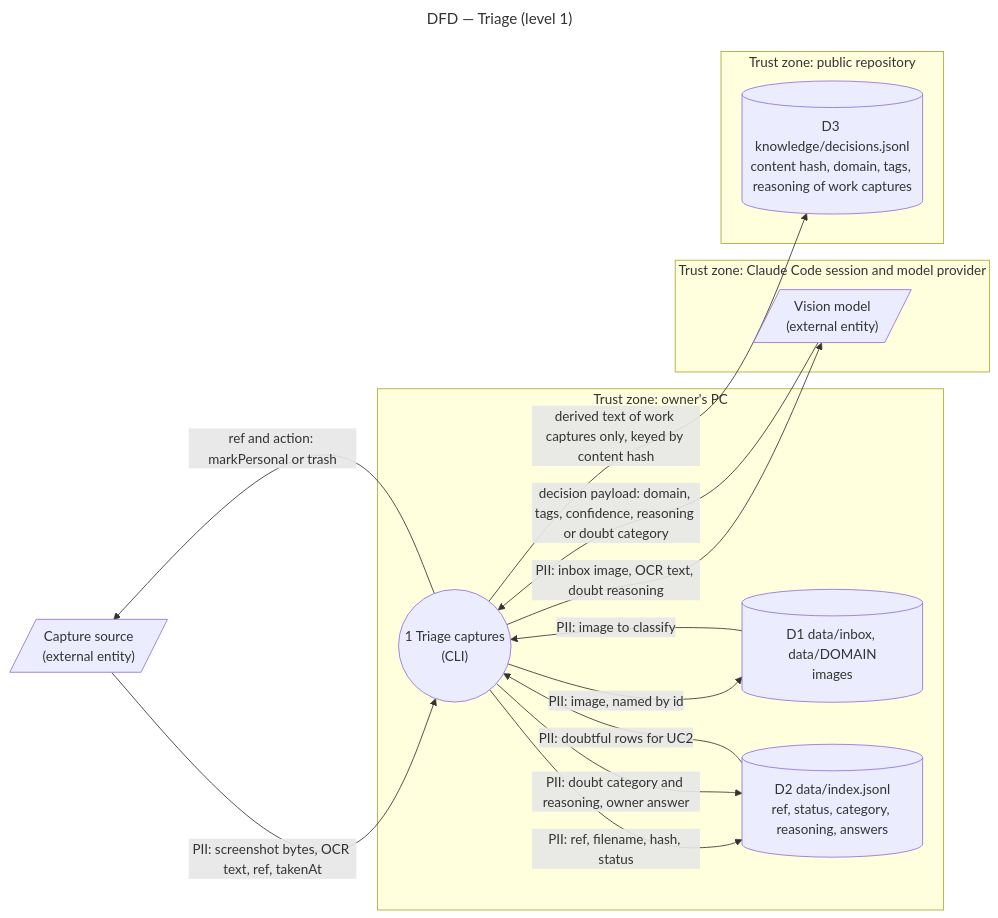
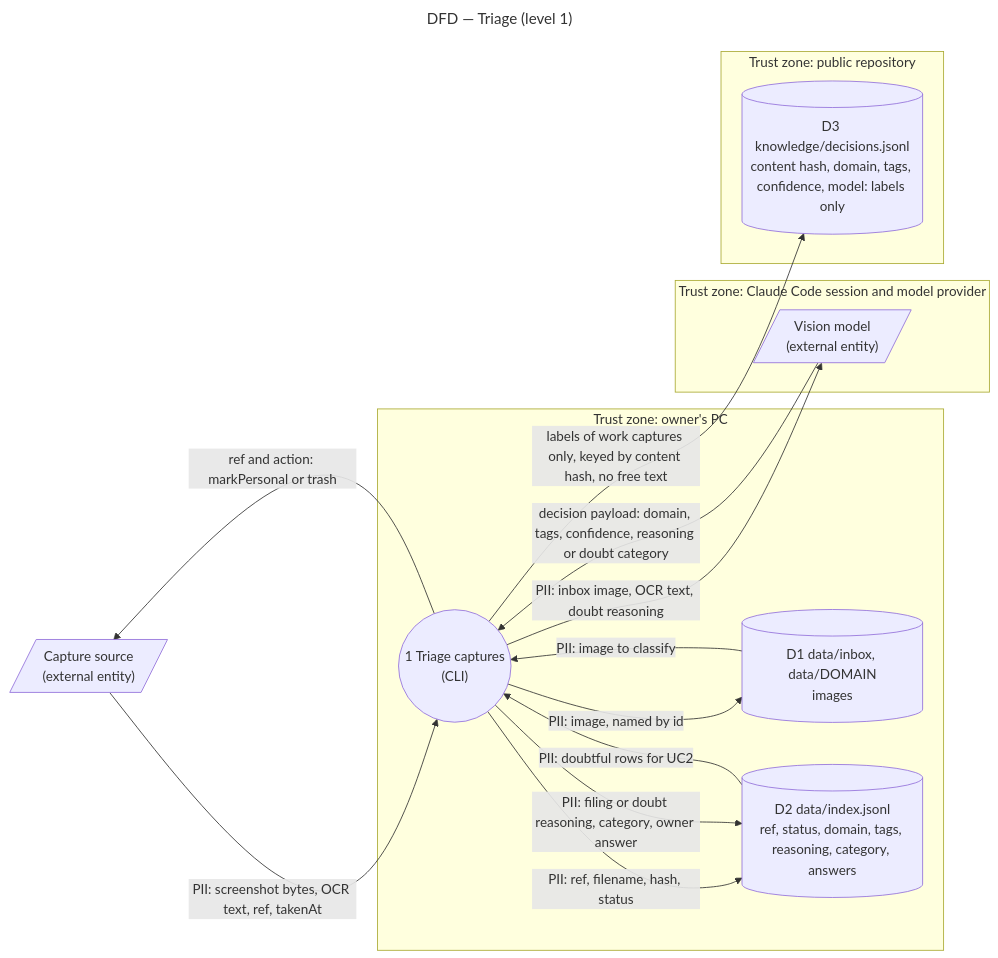
The diagram in docs/architecture/diagrams/triage/06-data-flow.md (benoit-bremaud/screenshot-triage), drawn with Mermaid before and after one commit. The commit also changed other lines of this file and 9 other files, not shown here.

First line of the commit message:
docs(triage/architecture): keep the reasoning out of the public log and revisit deleted refs

````diff
--- a/docs/architecture/diagrams/triage/06-data-flow.md
+++ b/docs/architecture/diagrams/triage/06-data-flow.md
@@ -13,28 +13,28 @@
 ```mermaid
 ---
 title: DFD — Triage (level 1)
 ---
 flowchart LR
   Source[/"Capture source<br/>(external entity)"/]
   subgraph PC ["Trust zone: owner's PC"]
     P1(("1 Triage captures<br/>(CLI)"))
     Inbox[("D1 data/inbox, data/DOMAIN<br/>images")]
-    Index[("D2 data/index.jsonl<br/>ref, status, category, reasoning, answers")]
+    Index[("D2 data/index.jsonl<br/>ref, status, domain, tags, reasoning, category, answers")]
   end
   subgraph Provider ["Trust zone: Claude Code session and model provider"]
     Session[/"Vision model<br/>(external entity)"/]
   end
   subgraph Git ["Trust zone: public repository"]
-    Log[("D3 knowledge/decisions.jsonl<br/>content hash, domain, tags, reasoning of work captures")]
+    Log[("D3 knowledge/decisions.jsonl<br/>content hash, domain, tags, confidence, model: labels only")]
   end
   Source -->|"PII: screenshot bytes, OCR text, ref, takenAt"| P1
   P1 -->|"PII: image, named by id"| Inbox
   Inbox -->|"PII: image to classify"| P1
   Index -->|"PII: doubtful rows for UC2"| P1
   P1 -->|"PII: ref, filename, hash, status"| Index
   P1 -->|"PII: inbox image, OCR text, doubt reasoning"| Session
   Session -->|"decision payload: domain, tags, confidence, reasoning or doubt category"| P1
-  P1 -->|"PII: doubt category and reasoning, owner answer"| Index
-  P1 -->|"derived text of work captures only, keyed by content hash"| Log
+  P1 -->|"PII: filing or doubt reasoning, category, owner answer"| Index
+  P1 -->|"labels of work captures only, keyed by content hash, no free text"| Log
   P1 -->|"ref and action: markPersonal or trash"| Source
 ```
````
